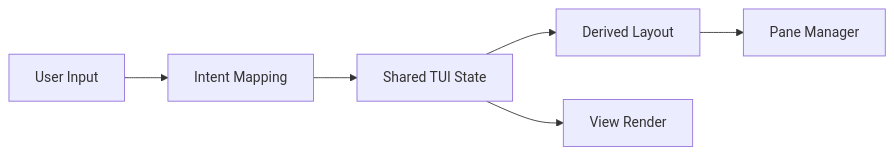
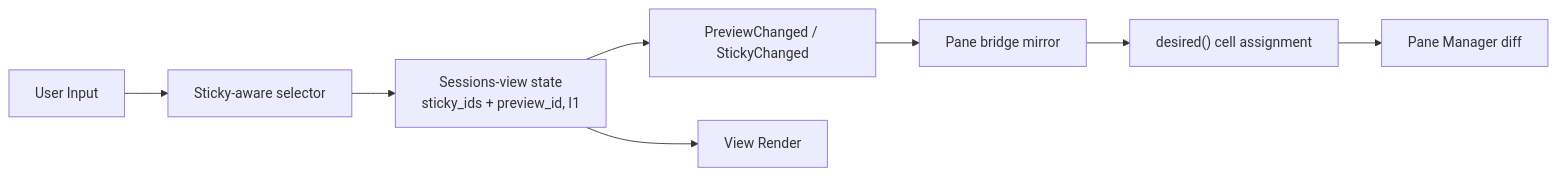
Before and after one commit to InstruktAI/TeleClaude: the first of 3 diagrams in docs/project/design/architecture/tui-state-layout.md, drawn with Mermaid. The commit also changed other lines of this file and 16 other files, not shown here.

First line of the commit message:
feat(tui-sticky-layout-unify): deliver tui-sticky-layout-unify

````diff
--- a/docs/project/design/architecture/tui-state-layout.md
+++ b/docs/project/design/architecture/tui-state-layout.md
@@ -20,8 +21,10 @@
 ```mermaid
 flowchart LR
-    Input[User Input] --> Intent[Intent Mapping]
-    Intent --> State[Shared TUI State]
-    State --> Layout[Derived Layout]
-    Layout --> Panes[Pane Manager]
+    Input[User Input] --> Sel[Sticky-aware selector]
+    Sel --> State[Sessions-view state<br/>sticky_ids + preview_id, I1]
+    State --> Msg[PreviewChanged / StickyChanged]
+    Msg --> Bridge[Pane bridge mirror]
+    Bridge --> Desired["desired() cell assignment"]
+    Desired --> Panes[Pane Manager diff]
     State --> Render[View Render]
 ```
````
